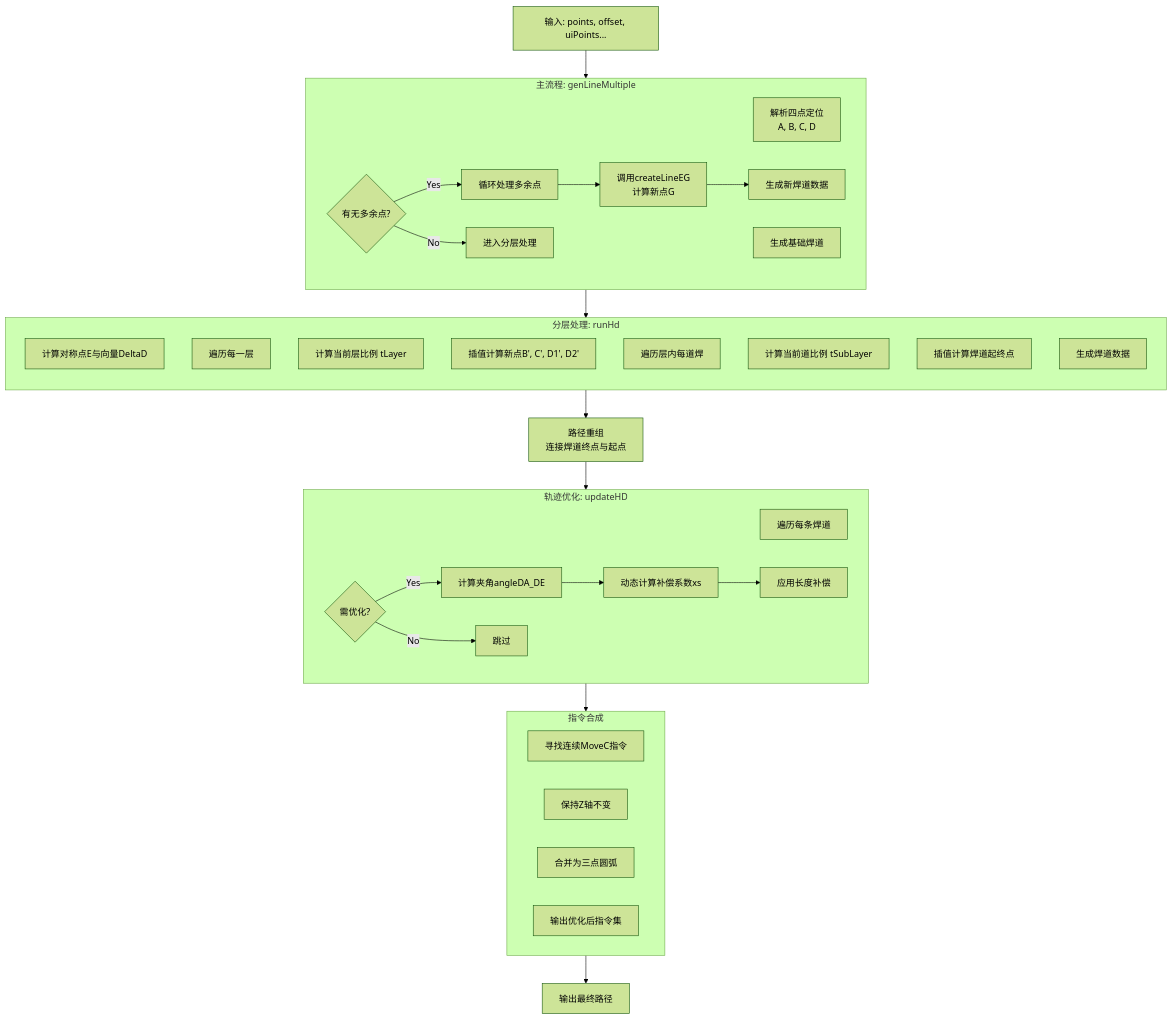
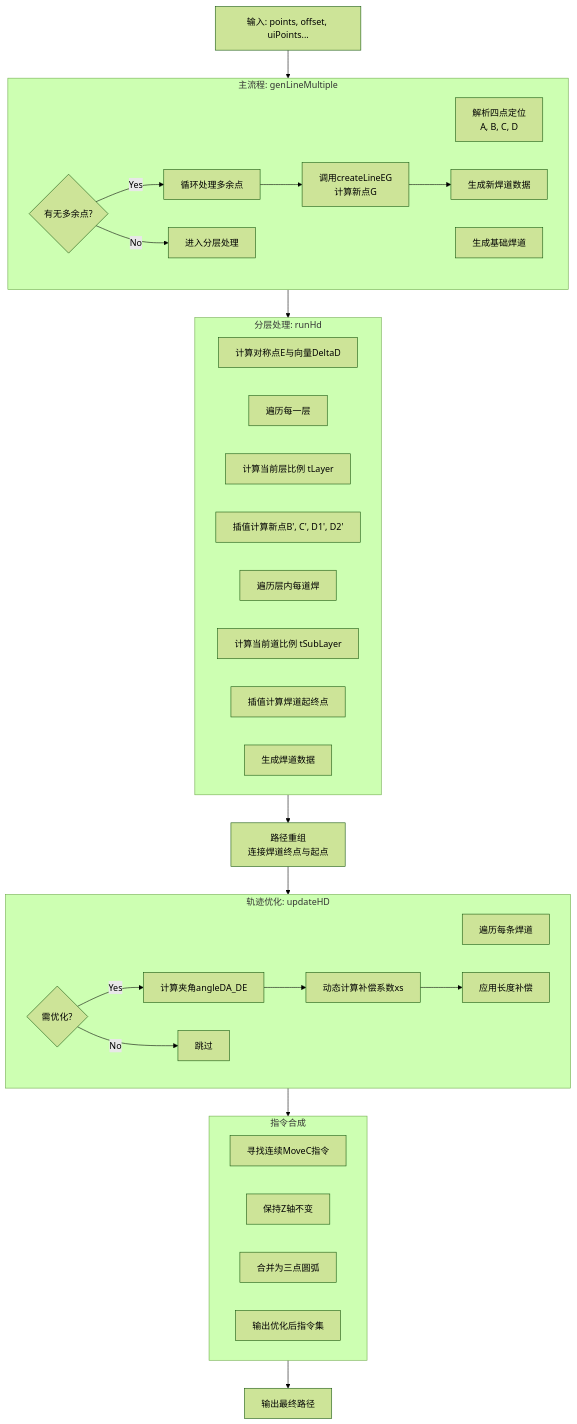
One commit to AAAAAxill/iodraw-files changed the diagram in all/未命名.md. Above: the diagram before and after it, drawn with Mermaid (forest theme).

Commit message:
2025-08-20 17:42:29 update

````diff
--- a/all/未命名.md
+++ b/all/未命名.md
@@ -1,52 +1,52 @@
 ```mermaid
 flowchart TD
     A[输入: points, offset, uiPoints...] --> B(genLineMultiple)
     
     subgraph B [主流程: genLineMultiple]
         B1[解析四点定位<br>A, B, C, D]
         B2[生成基础焊道]
         B3{有无多余点?}
         B3 -- Yes --> B4[循环处理多余点]
         B4 --> B5[调用createLineEG<br>计算新点G]
         B5 --> B6[生成新焊道数据]
         B3 -- No --> B7[进入分层处理]
     end
     
     B --> C(runHd)
     
     subgraph C [分层处理: runHd]
-        direction TB
+    
         C1[计算对称点E与向量DeltaD]
         C2[遍历每一层]
         C2_C1[计算当前层比例 tLayer]
         C2_C2[插值计算新点B', C', D1', D2']
         C2_C3[遍历层内每道焊]
         C2_C3_C1[计算当前道比例 tSubLayer]
         C2_C3_C2[插值计算焊道起终点]
         C2_C3_C3[生成焊道数据]
     end
     
     C --> D[路径重组<br>连接焊道终点与起点]
     D --> E(updateHD)
     
     subgraph E [轨迹优化: updateHD]
         E1[遍历每条焊道]
         E2{需优化?}
         E2 -- Yes --> E3[计算夹角angleDA_DE]
         E3 --> E4[动态计算补偿系数xs]
         E4 --> E5[应用长度补偿]
         E2 -- No --> E6[跳过]
     end
     
     E --> F(mergeMoveCInOrder)
     
     subgraph F [指令合成]
         F1[寻找连续MoveC指令]
         F2[保持Z轴不变]
         F3[合并为三点圆弧]
         F4[输出优化后指令集]
     end
     
     F --> G[输出最终路径]
 
 ```
````
